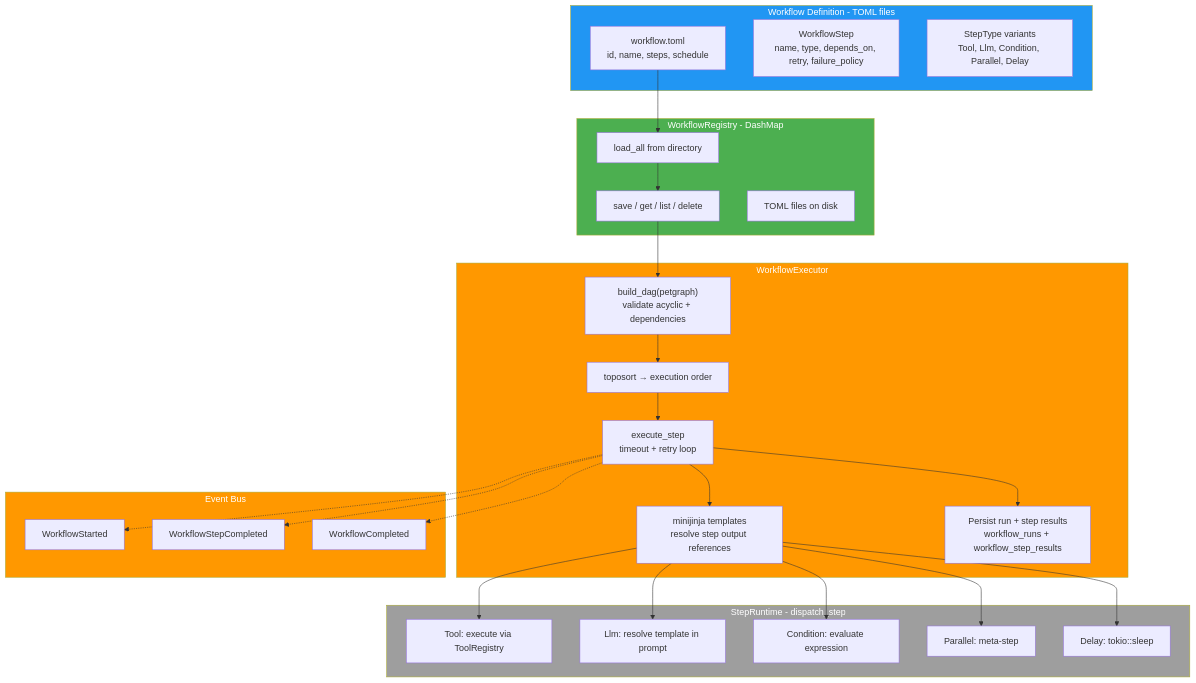
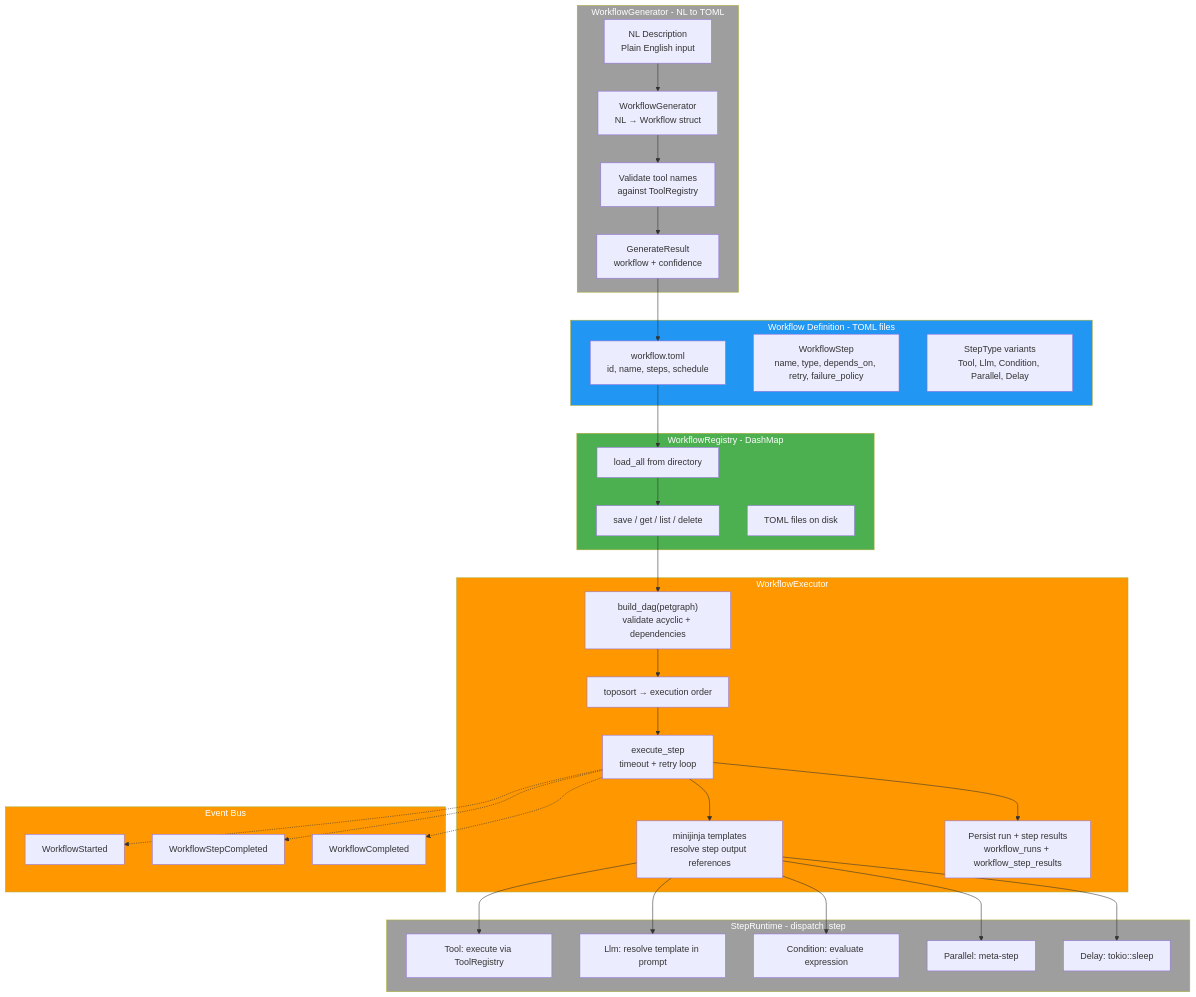
One commit to sprklai/mesoclaw changed diagram 31 of 33 in docs/architecture.md. Above: the diagram before and after it, drawn with Mermaid. The commit also changed other lines of this file and 1 other file, not shown here.

Commit message:
docs: document NL workflow creation feature

````diff
--- a/docs/architecture.md
+++ b/docs/architecture.md
@@ -2070,55 +2070,68 @@
 ```mermaid
 flowchart TD
     subgraph Definition["Workflow Definition - TOML files"]
         TOML["workflow.toml<br>id, name, steps, schedule"]
         Steps["WorkflowStep<br>name, type, depends_on, retry, failure_policy"]
         Types["StepType variants<br>Tool, Llm, Condition, Parallel, Delay"]
+    end
+
+    subgraph Generator["WorkflowGenerator - NL to TOML"]
+        NLDesc["NL Description<br>Plain English input"]
+        WFGen["WorkflowGenerator<br>NL → Workflow struct"]
+        Validate["Validate tool names<br>against ToolRegistry"]
+        Result["GenerateResult<br>workflow + confidence"]
     end
 
     subgraph Registry["WorkflowRegistry - DashMap"]
         Load["load_all from directory"]
         CRUD["save / get / list / delete"]
         Persist["TOML files on disk"]
     end
 
     subgraph Execution["WorkflowExecutor"]
         DAG["build_dag#40;petgraph#41;<br>validate acyclic + dependencies"]
         Topo["toposort → execution order"]
         StepExec["execute_step<br>timeout + retry loop"]
         Templates["minijinja templates<br>resolve step output references"]
         DB["Persist run + step results<br>workflow_runs + workflow_step_results"]
     end
 
     subgraph Runtime["StepRuntime - dispatch_step"]
         ToolStep["Tool: execute via ToolRegistry"]
         LlmStep["Llm: resolve template in prompt"]
         CondStep["Condition: evaluate expression"]
         ParStep["Parallel: meta-step"]
         DelayStep["Delay: tokio::sleep"]
     end
 
     subgraph EventsSG["Event Bus"]
         WfStarted["WorkflowStarted"]
         WfStepDone["WorkflowStepCompleted"]
         WfDone["WorkflowCompleted"]
     end
 
+    NLDesc --> WFGen
+    WFGen --> Validate
+    Validate --> Result
+    Result --> TOML
+    
     TOML --> Load
     Load --> CRUD
     CRUD --> DAG
     DAG --> Topo
     Topo --> StepExec
     StepExec --> Templates
     Templates --> ToolStep & LlmStep & CondStep & ParStep & DelayStep
     StepExec --> DB
 
     StepExec -.-> WfStarted
     StepExec -.-> WfStepDone
     StepExec -.-> WfDone
 
     style Definition fill:#2196F3,color:#fff
+    style Generator fill:#9E9E9E,color:#fff
     style Registry fill:#4CAF50,color:#fff
     style Execution fill:#FF9800,color:#fff
     style Runtime fill:#9E9E9E,color:#fff
     style EventsSG fill:#FF9800,color:#fff
 ```
````
